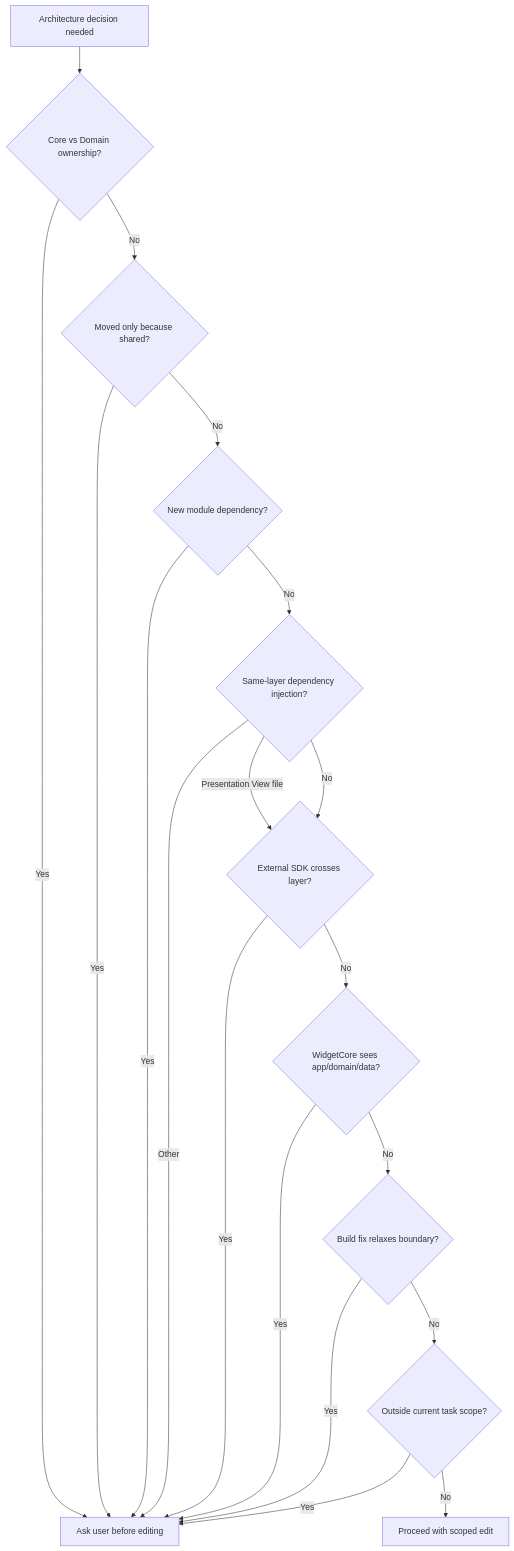
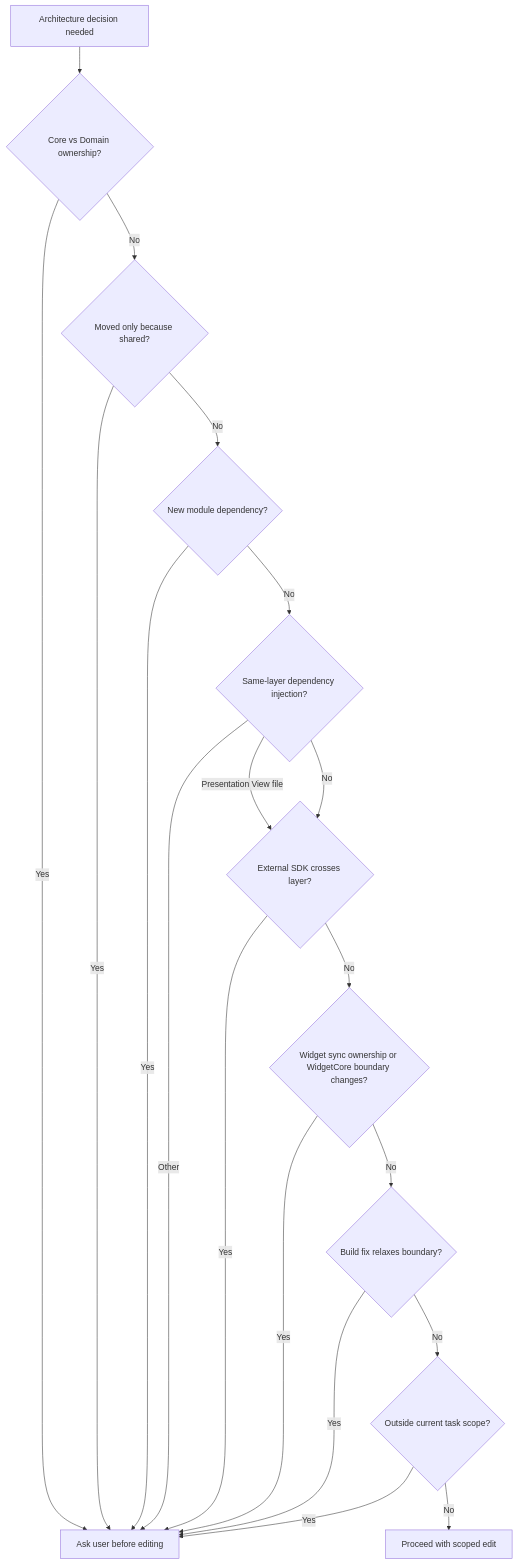
Before and after one commit to opficdev/DevLog_iOS: the fifth of 9 diagrams in .hermes/skills/devlog-architecture-harness/references/devlog-architecture-flow.md, drawn with Mermaid. The commit also changed other lines of this file and 3 other files, not shown here.

````diff
--- a/.hermes/skills/devlog-architecture-harness/references/devlog-architecture-flow.md
+++ b/.hermes/skills/devlog-architecture-harness/references/devlog-architecture-flow.md
@@ -172,33 +172,33 @@
 ```mermaid
 flowchart TD
 	Check["Architecture decision needed"]
 	CoreDomain{"Core vs Domain ownership?"}
 	Shared{"Moved only because shared?"}
 	NewDependency{"New module dependency?"}
 	SameLayerDI{"Same-layer dependency injection?"}
 	ExternalSDK{"External SDK crosses layer?"}
-	WidgetBoundary{"WidgetCore sees app/domain/data?"}
+	WidgetBoundary{"Widget sync ownership or WidgetCore boundary changes?"}
 	BuildShortcut{"Build fix relaxes boundary?"}
 	ScopeDrift{"Outside current task scope?"}
 	Ask["Ask user before editing"]
 	Proceed["Proceed with scoped edit"]
 
 	Check --> CoreDomain
 	CoreDomain -->|Yes| Ask
 	CoreDomain -->|No| Shared
 	Shared -->|Yes| Ask
 	Shared -->|No| NewDependency
 	NewDependency -->|Yes| Ask
 	NewDependency -->|No| SameLayerDI
 	SameLayerDI -->|Presentation View file| ExternalSDK
 	SameLayerDI -->|No| ExternalSDK
 	SameLayerDI -->|Other| Ask
 	ExternalSDK -->|Yes| Ask
 	ExternalSDK -->|No| WidgetBoundary
 	WidgetBoundary -->|Yes| Ask
 	WidgetBoundary -->|No| BuildShortcut
 	BuildShortcut -->|Yes| Ask
 	BuildShortcut -->|No| ScopeDrift
 	ScopeDrift -->|Yes| Ask
 	ScopeDrift -->|No| Proceed
 ```
````
